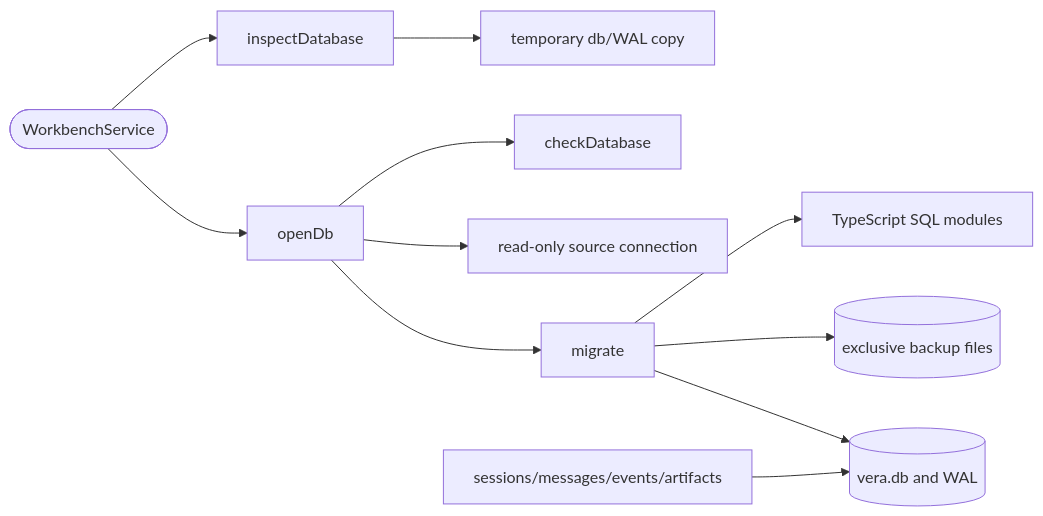
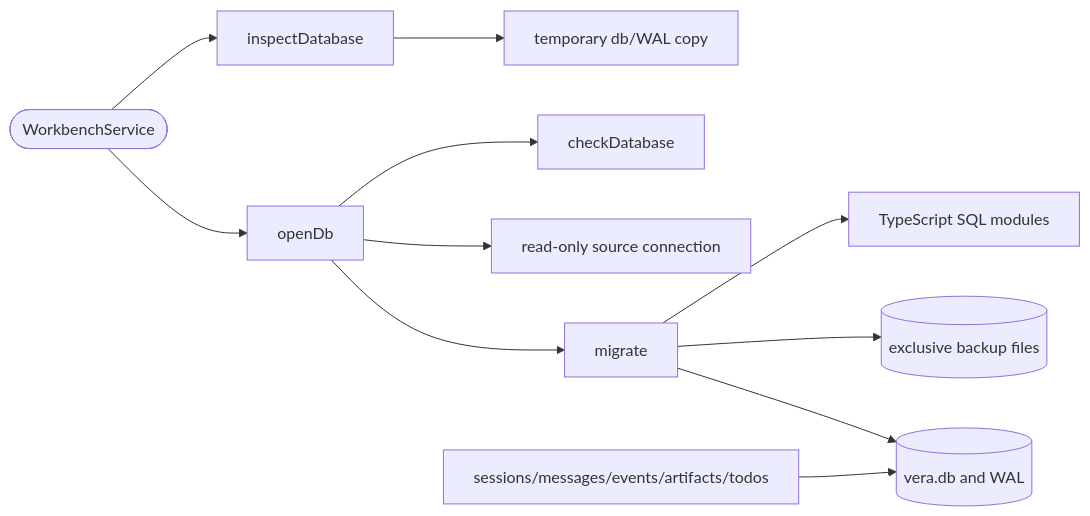
The diagram in .agentic/knowledge/workbench-storage.md (DDP-Engineering/2026_Virtual_Embedded_Rig_Assistant), drawn with Mermaid before and after one commit. The commit also changed other lines of this file and 41 other files, not shown here.

````diff
--- a/.agentic/knowledge/workbench-storage.md
+++ b/.agentic/knowledge/workbench-storage.md
@@ -56,13 +57,13 @@
 ```mermaid
 flowchart LR
   service([WorkbenchService]) --> inspectDatabase
   inspectDatabase --> snapshot[temporary db/WAL copy]
   service --> openDb
   openDb --> checkDatabase
   openDb --> keeper[read-only source connection]
   openDb --> migrate
   migrate --> catalogue[TypeScript SQL modules]
   migrate --> backups[(exclusive backup files)]
   migrate --> db[(vera.db and WAL)]
-  repositories[sessions/messages/events/artifacts] --> db
+  repositories[sessions/messages/events/artifacts/todos] --> db
 ```
````
